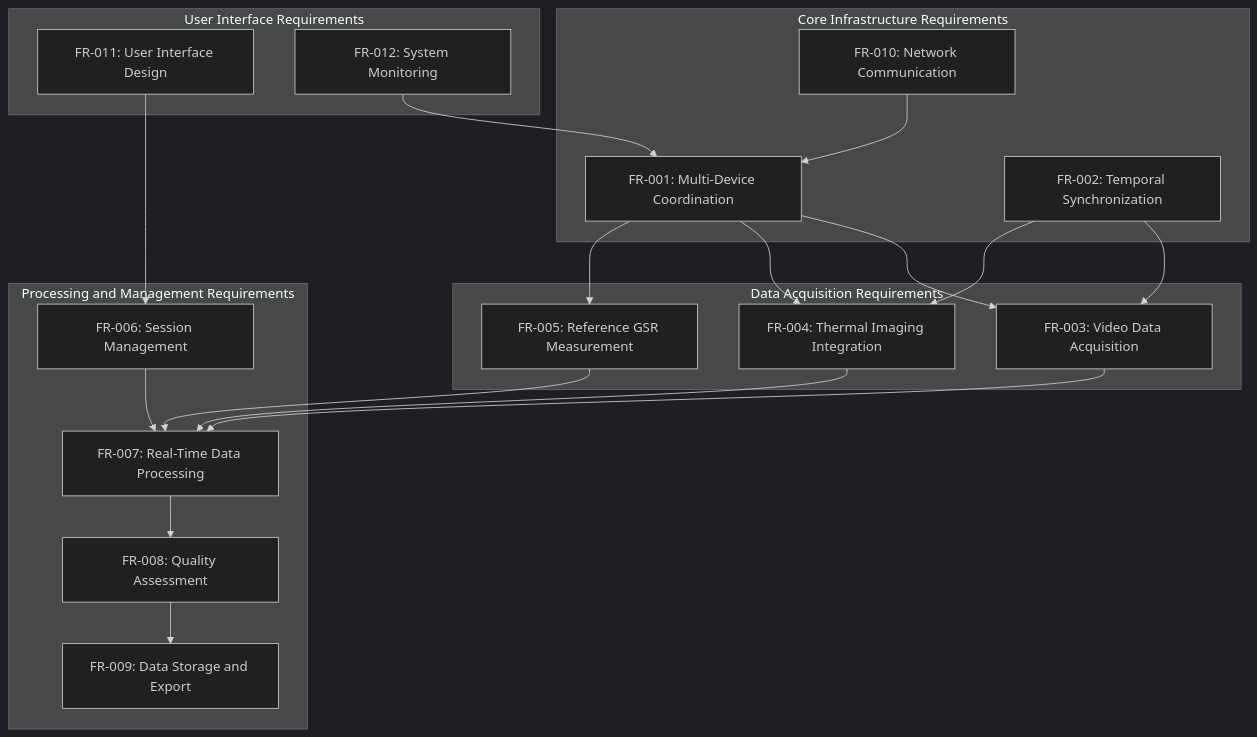
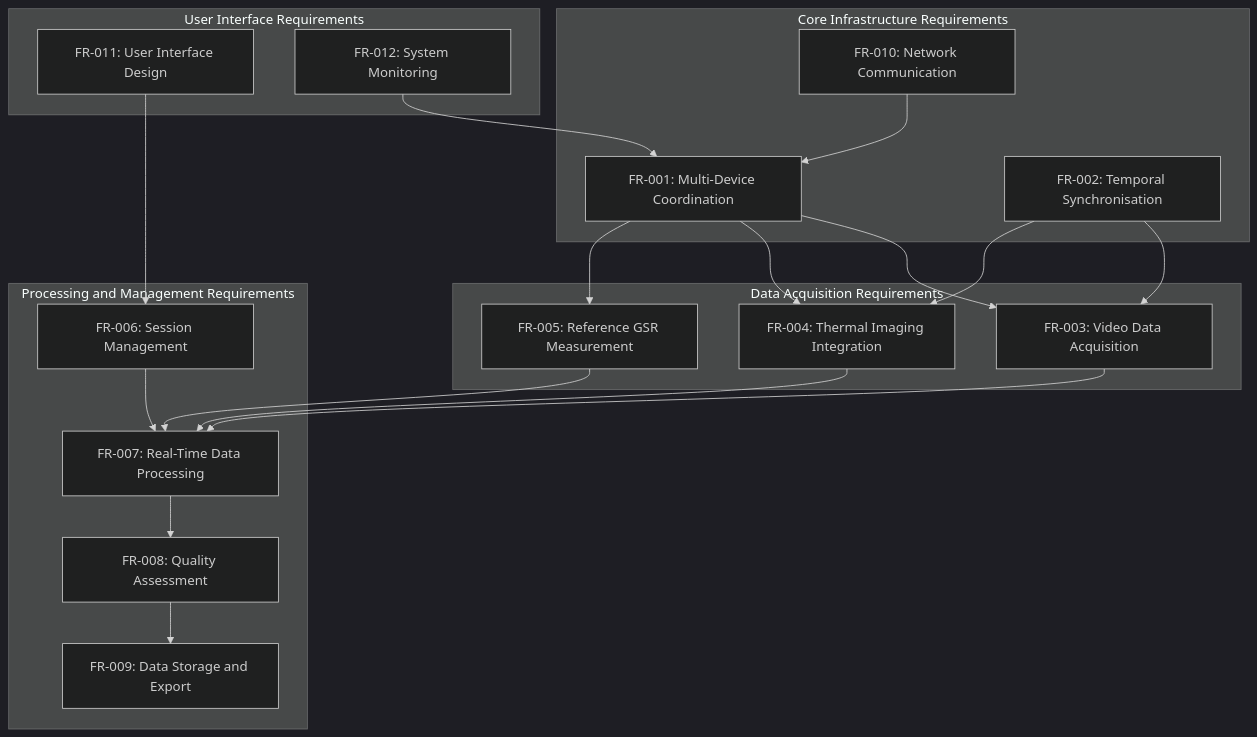
One commit to buccancs/fyp-multi-sensor-recording-system changed the second of 6 diagrams in docs/thesis_report/draft_0/chapter_3_requirements_and_analysis.md. Above: the diagram before and after it, drawn with Mermaid (dark theme). The commit also changed other lines of this file and 56 other files, not shown here.

````diff
--- a/docs/thesis_report/draft_0/chapter_3_requirements_and_analysis.md
+++ b/docs/thesis_report/draft_0/chapter_3_requirements_and_analysis.md
@@ -497,41 +497,41 @@
 ```mermaid
 graph TB
     subgraph "Core Infrastructure Requirements"
         FR001[FR-001: Multi-Device Coordination]
-        FR002[FR-002: Temporal Synchronization]
+        FR002[FR-002: Temporal Synchronisation]
         FR010[FR-010: Network Communication]
     end
 
     subgraph "Data Acquisition Requirements"
         FR003[FR-003: Video Data Acquisition]
         FR004[FR-004: Thermal Imaging Integration]
         FR005[FR-005: Reference GSR Measurement]
     end
 
     subgraph "Processing and Management Requirements"
         FR006[FR-006: Session Management]
         FR007[FR-007: Real-Time Data Processing]
         FR008[FR-008: Quality Assessment]
         FR009[FR-009: Data Storage and Export]
     end
 
     subgraph "User Interface Requirements"
         FR011[FR-011: User Interface Design]
         FR012[FR-012: System Monitoring]
     end
 
     FR001 --> FR003
     FR001 --> FR004
     FR001 --> FR005
     FR002 --> FR003
     FR002 --> FR004
     FR010 --> FR001
     FR003 --> FR007
     FR004 --> FR007
     FR005 --> FR007
     FR006 --> FR007
     FR007 --> FR008
     FR008 --> FR009
     FR011 --> FR006
     FR012 --> FR001
 ```
````
